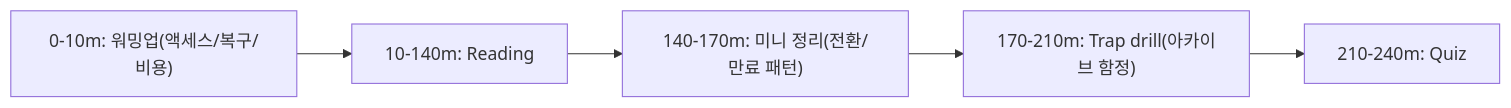
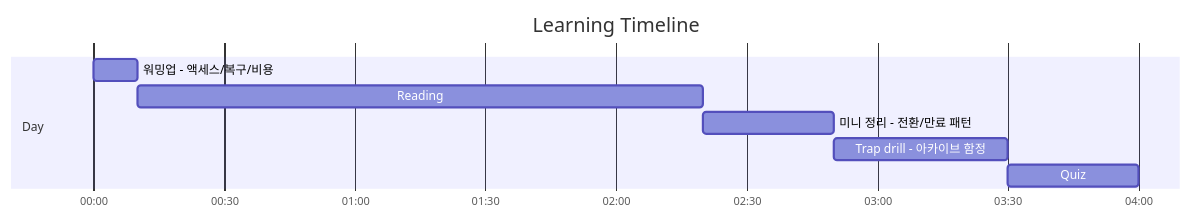
The first of 2 diagrams in aws-saa/week04/day03/README.md (niceguy61/aws-saa-lecture-2026), drawn with Mermaid before and after one commit. The commit also changed 21 other files, not shown here.

Commit message:
docs(aws-saa): use mermaid gantt for learning timelines

````diff
--- a/aws-saa/week04/day03/README.md
+++ b/aws-saa/week04/day03/README.md
@@ -26,7 +26,12 @@
 ```mermaid
-flowchart LR
-  A["0-10m: 워밍업(액세스/복구/비용)"] --> B["10-140m: Reading"]
-  B --> C["140-170m: 미니 정리(전환/만료 패턴)"]
-  C --> D["170-210m: Trap drill(아카이브 함정)"]
-  D --> E["210-240m: Quiz"]
+gantt
+  title Learning Timeline
+  dateFormat  HH:mm
+  axisFormat  %H:%M
+  section Day
+  워밍업 - 액세스/복구/비용 :t1, 00:00, 10m
+  Reading :t2, after t1, 130m
+  미니 정리 - 전환/만료 패턴 :t3, after t2, 30m
+  Trap drill - 아카이브 함정 :t4, after t3, 40m
+  Quiz :t5, after t4, 30m
 ```
````
